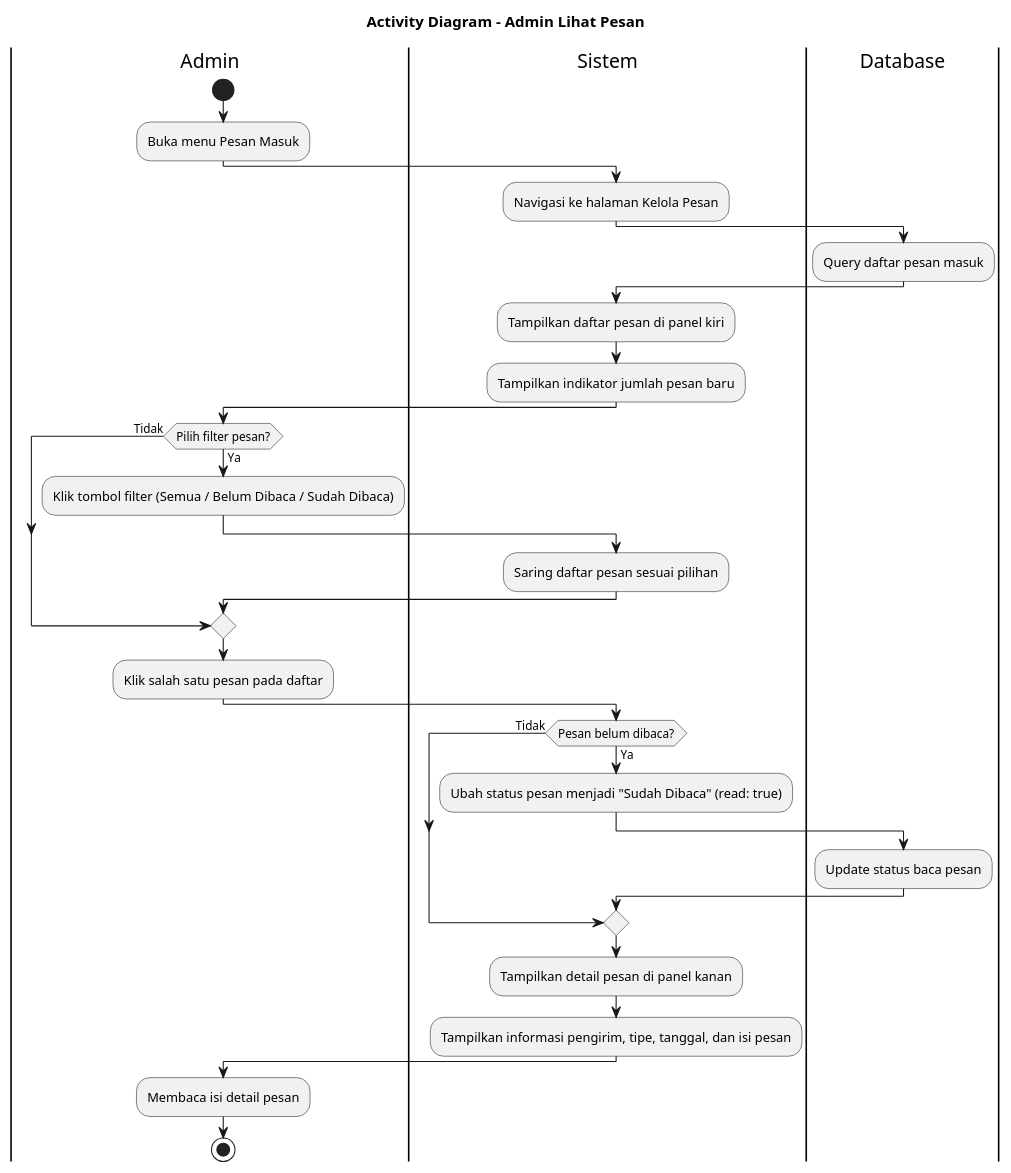
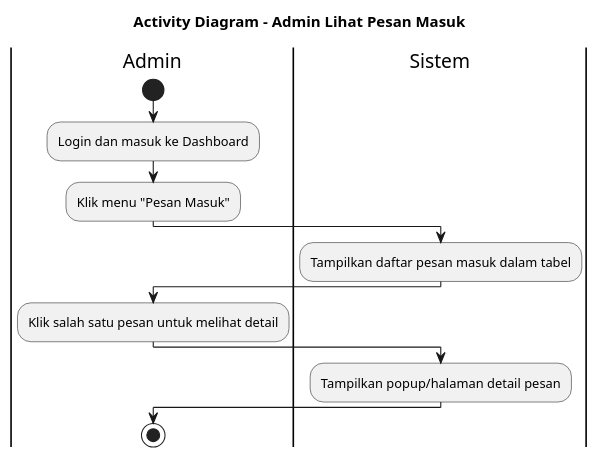
One commit to jaddu17/capstonepmikp changed the diagram in diagram/activitydiagram_admin_lihat_pesan.puml. Above: the diagram before and after it, drawn with PlantUML. The commit also changed 23 other files, not shown here.

Commit message:
revisi diagram

```diff
--- a/diagram/activitydiagram_admin_lihat_pesan.puml
+++ b/diagram/activitydiagram_admin_lihat_pesan.puml
@@ -1,46 +1,21 @@
 @startuml ACTIVITY_DIAGRAM_ADMIN_LIHAT_PESAN
-title Activity Diagram - Admin Lihat Pesan
+title Activity Diagram - Admin Lihat Pesan Masuk
 
 |Admin|
 start
-:Buka menu Pesan Masuk;
+:Login dan masuk ke Dashboard;
+:Klik menu "Pesan Masuk";
 
 |Sistem|
-:Navigasi ke halaman Kelola Pesan;
+:Tampilkan daftar pesan masuk dalam tabel;
 
-|Database|
-:Query daftar pesan masuk;
+|Admin|
+:Klik salah satu pesan untuk melihat detail;
 
 |Sistem|
-:Tampilkan daftar pesan di panel kiri;
-:Tampilkan indikator jumlah pesan baru;
+:Tampilkan popup/halaman detail pesan;
 
 |Admin|
-if (Pilih filter pesan?) then (Ya)
-  :Klik tombol filter (Semua / Belum Dibaca / Sudah Dibaca);
-  |Sistem|
-  :Saring daftar pesan sesuai pilihan;
-else (Tidak)
-endif
-
-|Admin|
-:Klik salah satu pesan pada daftar;
-
-|Sistem|
-if (Pesan belum dibaca?) then (Ya)
-  :Ubah status pesan menjadi "Sudah Dibaca" (read: true);
-  |Database|
-  :Update status baca pesan;
-else (Tidak)
-endif
-
-|Sistem|
-:Tampilkan detail pesan di panel kanan;
-:Tampilkan informasi pengirim, tipe, tanggal, dan isi pesan;
-
-|Admin|
-:Membaca isi detail pesan;
-
 stop
 
 @enduml
```
